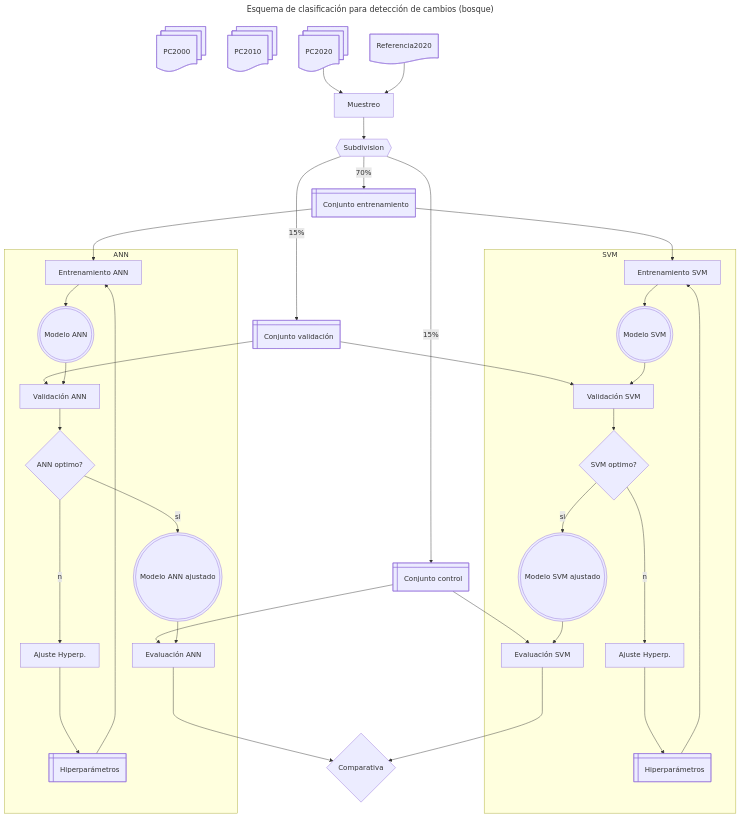
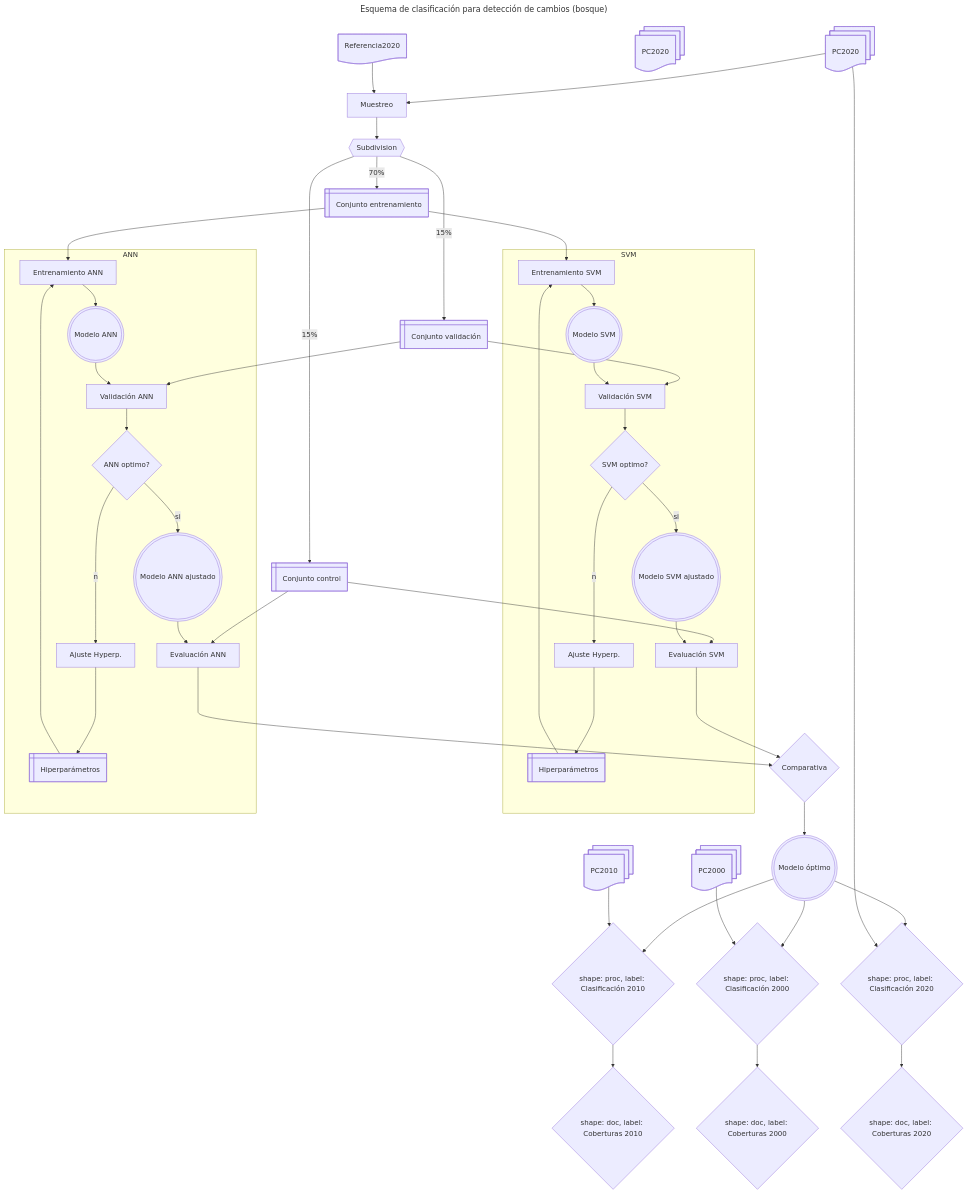
Before and after one commit to vshalisko/GEE: the diagram in ANPs/Esquema_clasificacion.mermaid, drawn with Mermaid. The commit also changed other lines of this file, not shown here.

```diff
--- a/ANPs/Esquema_clasificacion.mermaid
+++ b/ANPs/Esquema_clasificacion.mermaid
@@ -1,70 +1,90 @@
 ---
 title: Esquema de clasificación para detección de cambios (bosque)
 ---
 flowchart TD
     PC2000@{ shape: docs, label: PC2000}
     PC2010@{ shape: docs, label: PC2010}
     PC2020@{ shape: docs, label: PC2020}
+    PC2020A@{ shape: docs, label: PC2020}
     Ref2020@{ shape: doc, label: Referencia2020}
     Muestreo@{ shape: proc, label: Muestreo}
     Subset@{ shape: hex, label: Subdivision}
     Train2020@{ shape: win-pane, label: Conjunto entrenamiento}
     Test2020@{ shape: win-pane, label: Conjunto control}
     Valid2020@{ shape: win-pane, label: Conjunto validación}
 
     HyperparamSVM@{ shape: win-pane, label: Hiperparámetros}
     HyperparamANN@{ shape: win-pane, label: Hiperparámetros}
     TrainSVM@{ shape: proc, label: Entrenamiento SVM}
     TrainANN@{ shape: proc, label: Entrenamiento ANN}
     ModeloSVM@{ shape: double-circle, label: Modelo SVM}
     ModeloANN@{ shape: double-circle, label: Modelo ANN}
     ModeloSVMok@{ shape: double-circle, label: Modelo SVM ajustado}
     ModeloANNok@{ shape: double-circle, label: Modelo ANN ajustado}
     ValidSVM@{ shape: proc, label: Validación SVM}
     ValidANN@{ shape: proc, label: Validación ANN}
     OptimSVM@{ shape: diam, label: SVM optimo?}
     OptimANN@{ shape: diam, label: ANN optimo?}
     ControlSVM@{ shape: proc, label: Evaluación SVM}
     ControlANN@{ shape: proc, label: Evaluación ANN}
     AjusteHypSVM@{ shape: proc, label: Ajuste Hyperp.}
     AjusteHypANN@{ shape: proc, label: Ajuste Hyperp.}
     Comparativa@{ shape: diam, label: Comparativa}
+    ModeloOptimo@{ shape: double-circle, label: Modelo óptimo}
+
+    Clasif2020{ shape: proc, label: Clasificación 2020}
+    Clasif2010{ shape: proc, label: Clasificación 2010}
+    Clasif2000{ shape: proc, label: Clasificación 2000}
+
+    Coberturas2020{ shape: doc, label: Coberturas 2020}
+    Coberturas2010{ shape: doc, label: Coberturas 2010}
+    Coberturas2000{ shape: doc, label: Coberturas 2000}
 
     PC2020 --> Muestreo
     Ref2020 --> Muestreo
     Muestreo --> Subset
     Subset --70%--> Train2020
     Subset --15%--> Test2020
     Subset --15%--> Valid2020
 
     Train2020 --> TrainSVM    
     Train2020 --> TrainANN    
     Valid2020 --> ValidSVM
     Valid2020 --> ValidANN
     Test2020 --> ControlSVM
     Test2020 --> ControlANN
 
     subgraph SVM
         HyperparamSVM ----> TrainSVM
         TrainSVM --> ModeloSVM
         ModeloSVM --> ValidSVM
         ValidSVM --> OptimSVM
         OptimSVM --si--> ModeloSVMok
         OptimSVM --no--> AjusteHypSVM
         AjusteHypSVM ----> HyperparamSVM
         ModeloSVMok --> ControlSVM
     end
 
     subgraph ANN
         HyperparamANN ----> TrainANN
         TrainANN --> ModeloANN
         ModeloANN --> ValidANN
         ValidANN --> OptimANN
         OptimANN --si--> ModeloANNok
         OptimANN --no--> AjusteHypANN
         AjusteHypANN ----> HyperparamANN
         ModeloANNok --> ControlANN
     end
 
     ControlANN ----> Comparativa
     ControlSVM ----> Comparativa
+    Comparativa --> ModeloOptimo
+    ModeloOptimo --> Clasif2020
+    ModeloOptimo --> Clasif2010
+    ModeloOptimo --> Clasif2000
+    PC2020 --> Clasif2020
+    PC2010 --> Clasif2010
+    PC2000 --> Clasif2000
+    Clasif2020 --> Coberturas2020
+    Clasif2010 --> Coberturas2010
+    Clasif2000 --> Coberturas2000
```
